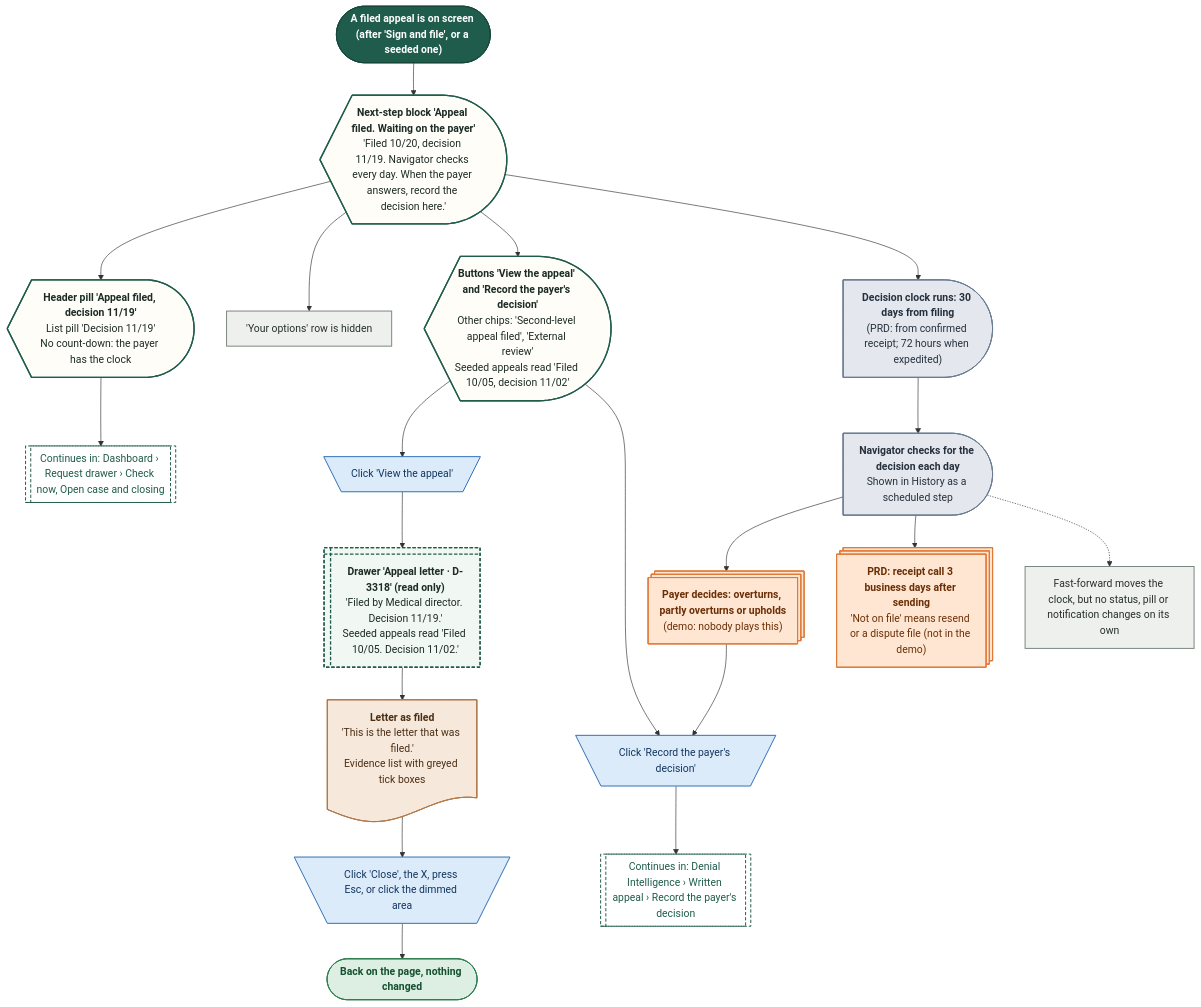
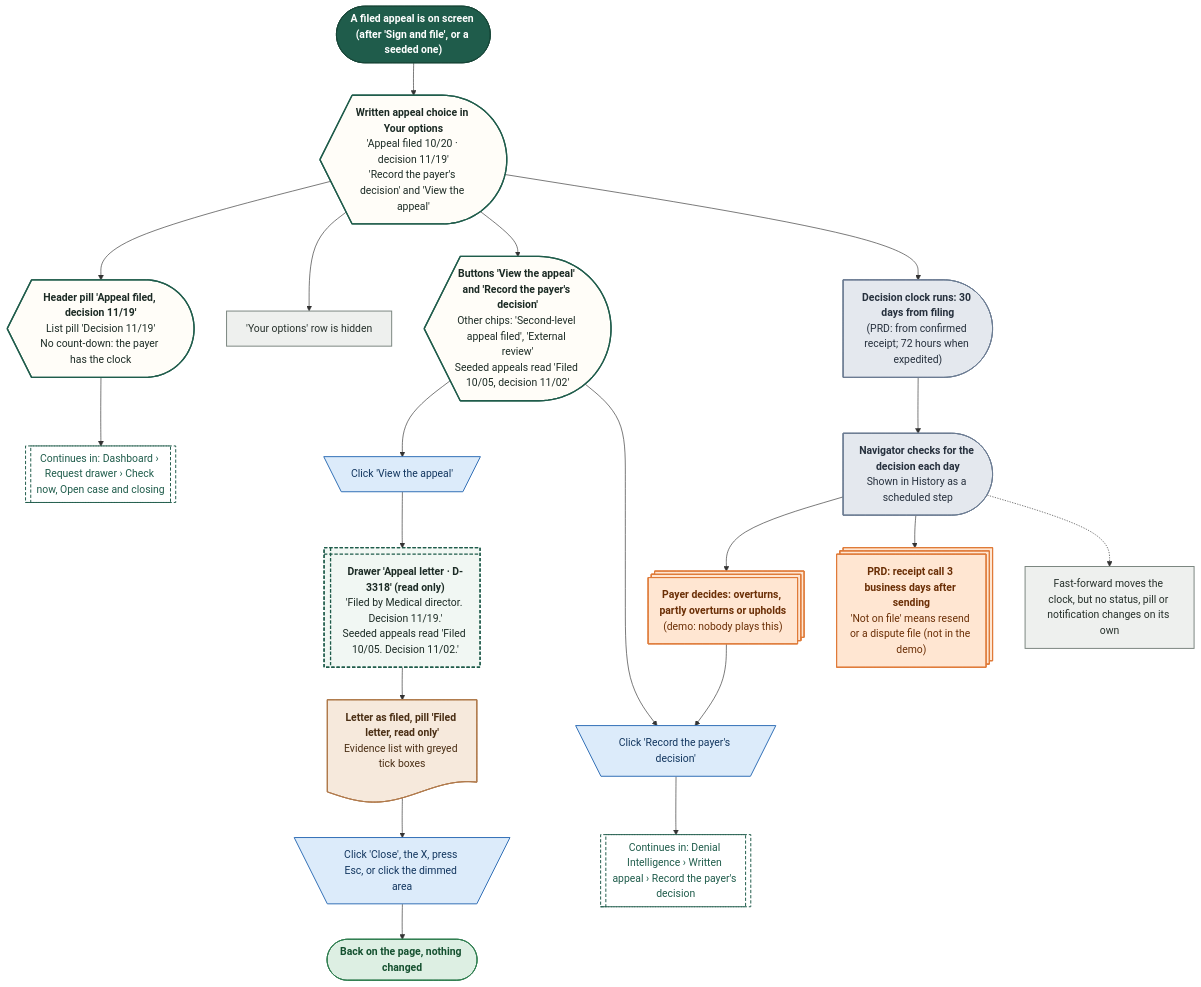
Before and after one commit to Shrav143/psyfloapp: diagram 20 of 28 in demos/prior-auth-demo/workflows/out/md/06-denials.md, drawn with Mermaid. The commit also changed other lines of this file and 202 other files, not shown here.

First line of the commit message:
docs: round 6 README, CONVENTIONS, spec section 17, diagram module blurbs and 336 rebuilt diagrams

````diff
--- a/demos/prior-auth-demo/workflows/out/md/06-denials.md
+++ b/demos/prior-auth-demo/workflows/out/md/06-denials.md
@@ -1586,58 +1462,58 @@
 ```mermaid
 %%{init: {"theme":"base","themeVariables":{"fontFamily":"'DM Sans', 'Segoe UI', system-ui, sans-serif","fontSize":"15px","lineColor":"#5B6B63","primaryTextColor":"#1C2B25","clusterBkg":"#FBF8F3","clusterBorder":"#D9CDBB","edgeLabelBackground":"#FFFFFF"},"flowchart":{"curve":"basis","nodeSpacing":36,"rankSpacing":48,"padding":12,"htmlLabels":true,"useMaxWidth":false,"wrappingWidth":230}} }%%
 flowchart TD
   classDef k_start fill:#1F5C4B,stroke:#174638,color:#FFFFFF,stroke-width:1.5px,font-weight:600
   classDef k_end fill:#DDEFE3,stroke:#2E7D4F,color:#14502F,stroke-width:1.5px,font-weight:600
   classDef k_endx fill:#FBE3E0,stroke:#C0392B,color:#7A1F16,stroke-width:1.5px,font-weight:600
   classDef k_screen fill:#FFFDF8,stroke:#1F5C4B,color:#1C2B25,stroke-width:2px
   classDef k_overlay fill:#F1F7F3,stroke:#1F5C4B,color:#1C2B25,stroke-width:2px,stroke-dasharray:5 3
   classDef k_click fill:#DCEBFA,stroke:#2F6DB5,color:#12365F,stroke-width:1.5px
   classDef k_input fill:#E4E7FF,stroke:#4C5FD5,color:#1D2670,stroke-width:1.5px
   classDef k_process fill:#EEF0EE,stroke:#7A857F,color:#26302B,stroke-width:1.5px
   classDef k_agent fill:#EEE5FA,stroke:#7A4FC2,color:#341A63,stroke-width:1.5px
   classDef k_decision fill:#FFF0CC,stroke:#D9962B,color:#5C3B00,stroke-width:1.5px
   classDef k_store fill:#D5F0EA,stroke:#1C8E7B,color:#0B4A3F,stroke-width:1.5px
   classDef k_doc fill:#F6E9DC,stroke:#B07A4C,color:#4A2E14,stroke-width:1.5px
   classDef k_ext fill:#FFE6D2,stroke:#E07B39,color:#6B2F06,stroke-width:1.5px
   classDef k_wait fill:#E4E8EE,stroke:#6B7C93,color:#26303D,stroke-width:1.5px
   classDef k_toast fill:#FFF9DB,stroke:#C9A400,color:#5A4A00,stroke-width:1.5px
   classDef k_goto fill:#FFFFFF,stroke:#1F5C4B,color:#1F5C4B,stroke-width:1.5px,stroke-dasharray:5 3
   s1@{ shape: stadium, label: "A filed appeal is on screen (after 'Sign and file', or a seeded one)" }
-  b1@{ shape: curv-trap, label: "<b>Next-step block 'Appeal filed. Waiting on the payer'</b><br/>'Filed 10/20, decision 11/19. Navigator checks every day. When the payer answers, record the decision here.'" }
+  b1@{ shape: curv-trap, label: "<b>Written appeal choice in Your options</b><br/>'Appeal filed 10/20 · decision 11/19'<br/>'Record the payer's decision' and 'View the appeal'" }
   b2@{ shape: curv-trap, label: "<b>Buttons 'View the appeal' and 'Record the payer's decision'</b><br/>Other chips: 'Second-level appeal filed', 'External review'<br/>Seeded appeals read 'Filed 10/05, decision 11/02'" }
   h1@{ shape: curv-trap, label: "<b>Header pill 'Appeal filed, decision 11/19'</b><br/>List pill 'Decision 11/19'<br/>No count-down: the payer has the clock" }
   p0@{ shape: rect, label: "'Your options' row is hidden" }
   c1@{ shape: trap-t, label: "Click 'View the appeal'" }
   o1@{ shape: win-pane, label: "<b>Drawer 'Appeal letter · D-3318' (read only)</b><br/>'Filed by Medical director. Decision 11/19.'<br/>Seeded appeals read 'Filed 10/05. Decision 11/02.'" }
-  dc1@{ shape: doc, label: "<b>Letter as filed</b><br/>'This is the letter that was filed.'<br/>Evidence list with greyed tick boxes" }
+  dc1@{ shape: doc, label: "<b>Letter as filed, pill 'Filed letter, read only'</b><br/>Evidence list with greyed tick boxes" }
   c2@{ shape: trap-t, label: "Click 'Close', the X, press Esc, or click the dimmed area" }
   w1@{ shape: delay, label: "<b>Decision clock runs: 30 days from filing</b><br/>(PRD: from confirmed receipt; 72 hours when expedited)" }
   w2@{ shape: delay, label: "<b>Navigator checks for the decision each day</b><br/>Shown in History as a scheduled step" }
   x1@{ shape: st-rect, label: "<b>PRD: receipt call 3 business days after sending</b><br/>'Not on file' means resend or a dispute file (not in the demo)" }
   p1@{ shape: rect, label: "Fast-forward moves the clock, but no status, pill or notification changes on its own" }
   x2@{ shape: st-rect, label: "<b>Payer decides: overturns, partly overturns or upholds</b><br/>(demo: nobody plays this)" }
   c3@{ shape: trap-t, label: "Click 'Record the payer's decision'" }
   e3@{ shape: stadium, label: "Back on the page, nothing changed" }
   g1@{ shape: subproc, label: "Continues in: Dashboard › Request drawer › Check now, Open case and closing" }
   g2@{ shape: subproc, label: "Continues in: Denial Intelligence › Written appeal › Record the payer's decision" }
   s1 --> b1 --> h1
   b1 --> p0
   b1 --> b2
   b2 --> c1 --> o1 --> dc1 --> c2 --> e3
   b1 --> w1 --> w2 --> x2
   w2 --> x1
   w2 -.-> p1
   x2 --> c3
   b2 --> c3 --> g2
   h1 --> g1
   class s1 k_start
   class b1,b2,h1 k_screen
   class p0,p1 k_process
   class c1,c2,c3 k_click
   class o1 k_overlay
   class dc1 k_doc
   class w1,w2 k_wait
   class x1,x2 k_ext
   class e3 k_end
   class g1,g2 k_goto
 ```
````
